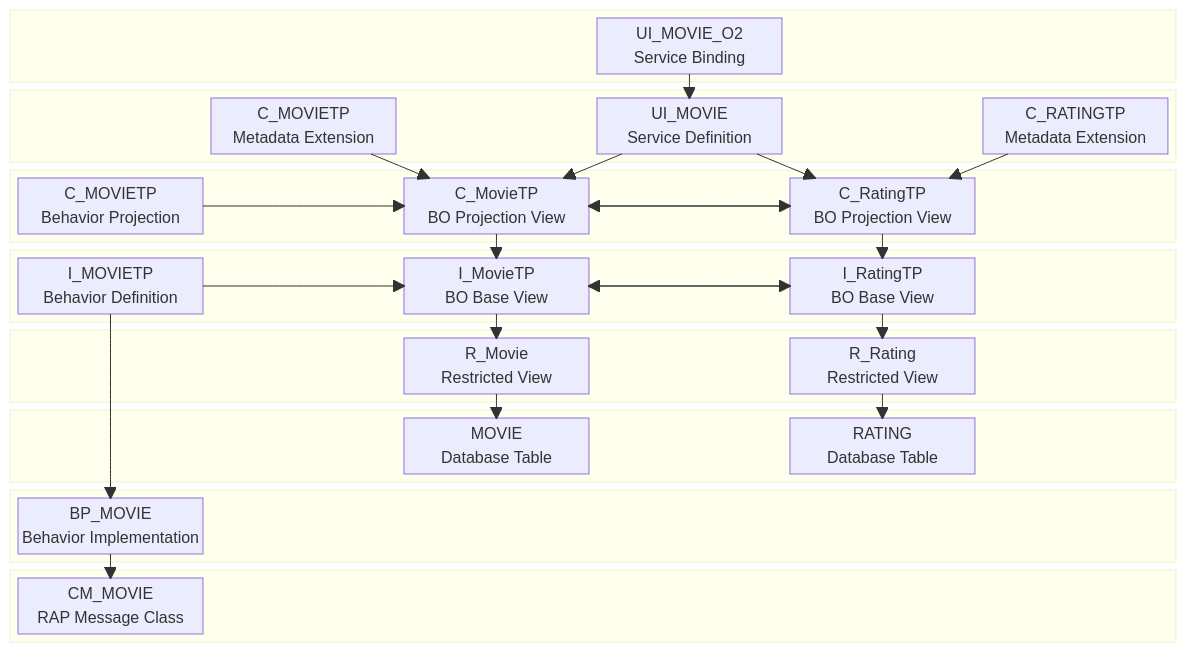
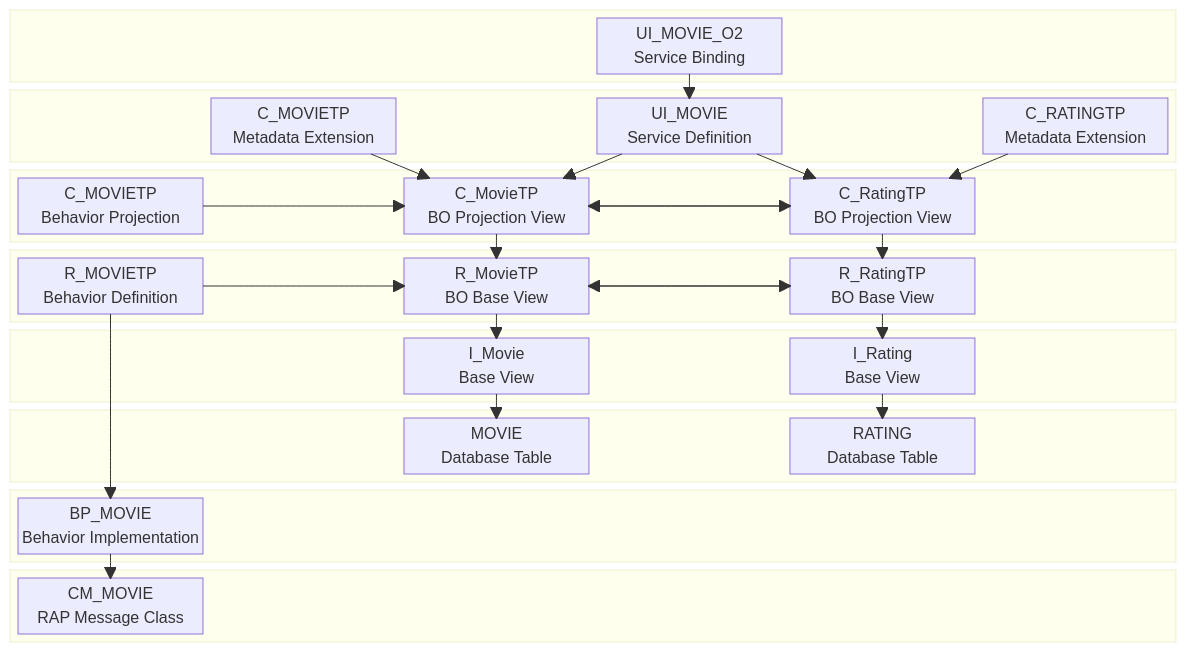
The second of 3 diagrams in README.md (appenmaier/abap_movie), drawn with Mermaid before and after one commit. The commit also changed other lines of this file, not shown here.

````diff
--- a/README.md
+++ b/README.md
@@ -72,24 +72,24 @@
       space
    end
    block
-      I_MOVIETP["I_MOVIETP
+      R_MOVIETP["R_MOVIETP
                  Behavior Definition"]
       space
-      I_MovieTP["I_MovieTP
+      R_MovieTP["R_MovieTP
                  BO Base View"]
       space
-      I_RatingTP["I_RatingTP
+      R_RatingTP["R_RatingTP
                   BO Base View"]
       space
    end
    block
       space
       space
-      R_Movie["R_Movie
-               Restricted View"]
+      I_Movie["I_Movie
+               Base View"]
       space
-      R_Rating["R_Rating
-                Restricted View"]
+      I_Rating["I_Rating
+                Base View"]
       space
    end
    block
@@ -124,20 +124,20 @@
    UI_MOVIE_O2-->UI_MOVIE
    UI_MOVIE-->C_MovieTP
    UI_MOVIE-->C_RatingTP
-   C_MovieTP-->I_MovieTP
+   C_MovieTP-->R_MovieTP
    C_MOVIETP-->C_MovieTP
    C_MOVIETP2-->C_MovieTP
    C_RATINGTP-->C_RatingTP
-   C_RatingTP-->I_RatingTP
+   C_RatingTP-->R_RatingTP
    C_MovieTP-->C_RatingTP
    C_RatingTP-->C_MovieTP
-   I_MovieTP-->R_Movie
-   I_MOVIETP-->I_MovieTP
-   I_MOVIETP-->BP_MOVIE
+   R_MovieTP-->I_Movie
+   R_MOVIETP-->R_MovieTP
+   R_MOVIETP-->BP_MOVIE
    BP_MOVIE-->CM_MOVIE
-   I_MovieTP-->I_RatingTP
-   I_RatingTP-->I_MovieTP
-   I_RatingTP-->R_Rating
-   R_Movie-->MOVIE
-   R_Rating-->RATING
+   R_MovieTP-->R_RatingTP
+   R_RatingTP-->R_MovieTP
+   R_RatingTP-->I_Rating
+   I_Movie-->MOVIE
+   I_Rating-->RATING
 ```
````
